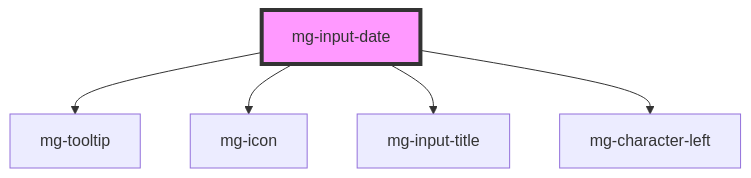
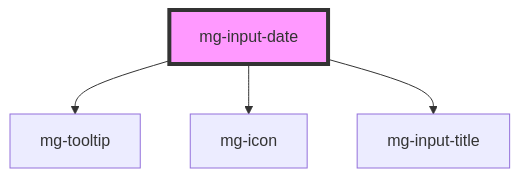
Before and after one commit to MGDIS/mg-components: the diagram in src/components/molecules/inputs/mg-input-date/readme.md, drawn with Mermaid. The commit also changed other lines of this file and 97 other files, not shown here.

````diff
--- a/src/components/molecules/inputs/mg-input-date/readme.md
+++ b/src/components/molecules/inputs/mg-input-date/readme.md
@@ -64,8 +63,7 @@
 ```mermaid
 graph TD;
   mg-input-date --> mg-tooltip
   mg-input-date --> mg-icon
   mg-input-date --> mg-input-title
-  mg-input-date --> mg-character-left
   style mg-input-date fill:#f9f,stroke:#333,stroke-width:4px
 ```
````
